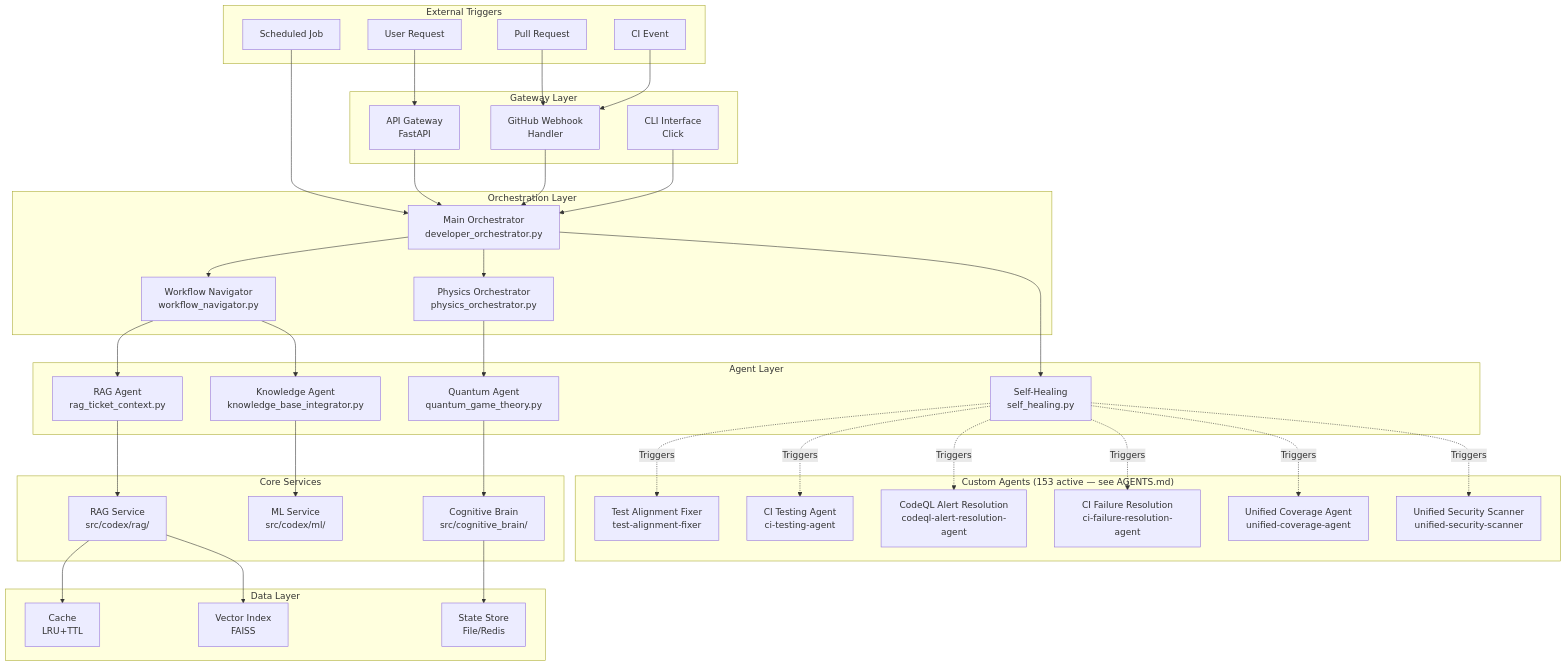
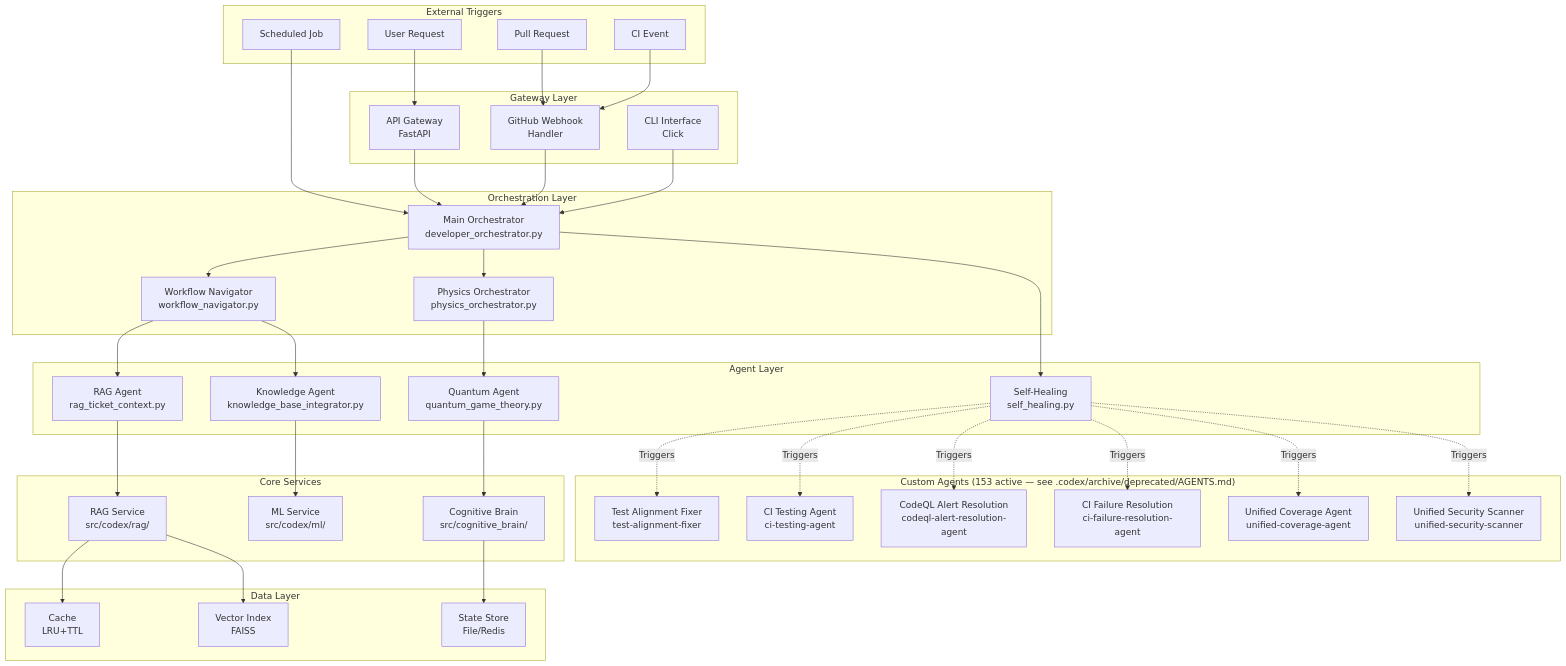
One commit to Aries-Serpent/_codex_ changed the first of 8 diagrams in .codex/cognitive_brain/diagrams/SYSTEM_INTEGRATION_FLOWS.md. Above: the diagram before and after it, drawn with Mermaid. The commit also changed 1343 other files, not shown here.

````diff
--- a/.codex/cognitive_brain/diagrams/SYSTEM_INTEGRATION_FLOWS.md
+++ b/.codex/cognitive_brain/diagrams/SYSTEM_INTEGRATION_FLOWS.md
@@ -11,81 +11,81 @@
 ```mermaid
 flowchart TB
     subgraph "External Triggers"
         T_USER[User Request]
         T_PR[Pull Request]
         T_CI[CI Event]
         T_SCHED[Scheduled Job]
     end
 
     subgraph "Gateway Layer"
         GW_API[API Gateway<br/>FastAPI]
         GW_GH[GitHub Webhook<br/>Handler]
         GW_CLI[CLI Interface<br/>Click]
     end
 
     subgraph "Orchestration Layer"
         ORCH_MAIN[Main Orchestrator<br/>developer_orchestrator.py]
         ORCH_PHYS[Physics Orchestrator<br/>physics_orchestrator.py]
         ORCH_WF[Workflow Navigator<br/>workflow_navigator.py]
     end
 
     subgraph "Agent Layer"
         AG_RAG[RAG Agent<br/>rag_ticket_context.py]
         AG_KB[Knowledge Agent<br/>knowledge_base_integrator.py]
         AG_QGT[Quantum Agent<br/>quantum_game_theory.py]
         AG_SH[Self-Healing<br/>self_healing.py]
     end
 
-    subgraph "Custom Agents (153 active — see AGENTS.md)"
+    subgraph "Custom Agents (153 active — see .codex/archive/deprecated/AGENTS.md)"
         CA_TAU[Test Alignment Fixer<br/>test-alignment-fixer]
         CA_CLV[CI Testing Agent<br/>ci-testing-agent]
         CA_SAR[CodeQL Alert Resolution<br/>codeql-alert-resolution-agent]
         CA_CFD[CI Failure Resolution<br/>ci-failure-resolution-agent]
         CA_COV[Unified Coverage Agent<br/>unified-coverage-agent]
         CA_SEC[Unified Security Scanner<br/>unified-security-scanner]
     end
 
     subgraph "Core Services"
         SVC_RAG[RAG Service<br/>src/codex/rag/]
         SVC_ML[ML Service<br/>src/codex/ml/]
         SVC_BRAIN[Cognitive Brain<br/>src/cognitive_brain/]
     end
 
     subgraph "Data Layer"
         DB_CACHE[Cache<br/>LRU+TTL]
         DB_INDEX[Vector Index<br/>FAISS]
         DB_STATE[State Store<br/>File/Redis]
     end
 
     T_USER --> GW_API
     T_PR --> GW_GH
     T_CI --> GW_GH
     T_SCHED --> ORCH_MAIN
 
     GW_API --> ORCH_MAIN
     GW_GH --> ORCH_MAIN
     GW_CLI --> ORCH_MAIN
 
     ORCH_MAIN --> ORCH_PHYS
     ORCH_MAIN --> ORCH_WF
 
     ORCH_WF --> AG_RAG
     ORCH_WF --> AG_KB
     ORCH_PHYS --> AG_QGT
     ORCH_MAIN --> AG_SH
 
     AG_SH -.->|Triggers| CA_TAU
     AG_SH -.->|Triggers| CA_CLV
     AG_SH -.->|Triggers| CA_SAR
     AG_SH -.->|Triggers| CA_CFD
     AG_SH -.->|Triggers| CA_COV
     AG_SH -.->|Triggers| CA_SEC
 
     AG_RAG --> SVC_RAG
     AG_KB --> SVC_ML
     AG_QGT --> SVC_BRAIN
 
     SVC_RAG --> DB_CACHE
     SVC_RAG --> DB_INDEX
     SVC_BRAIN --> DB_STATE
 ```
````
